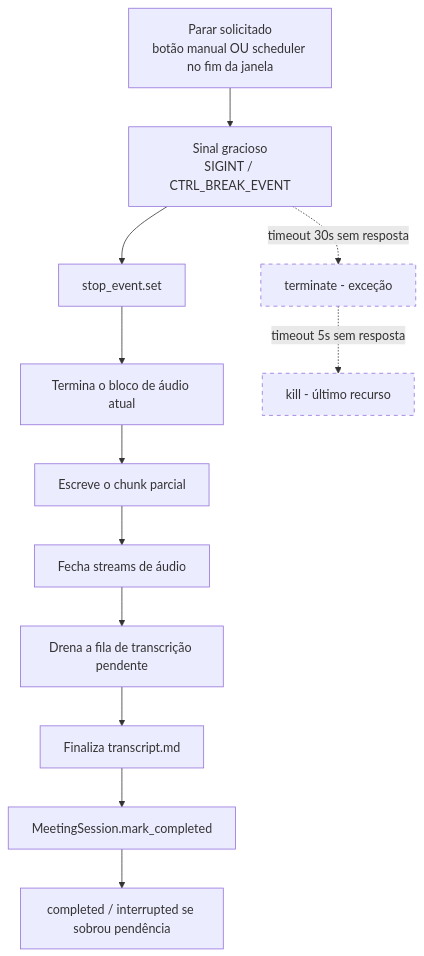
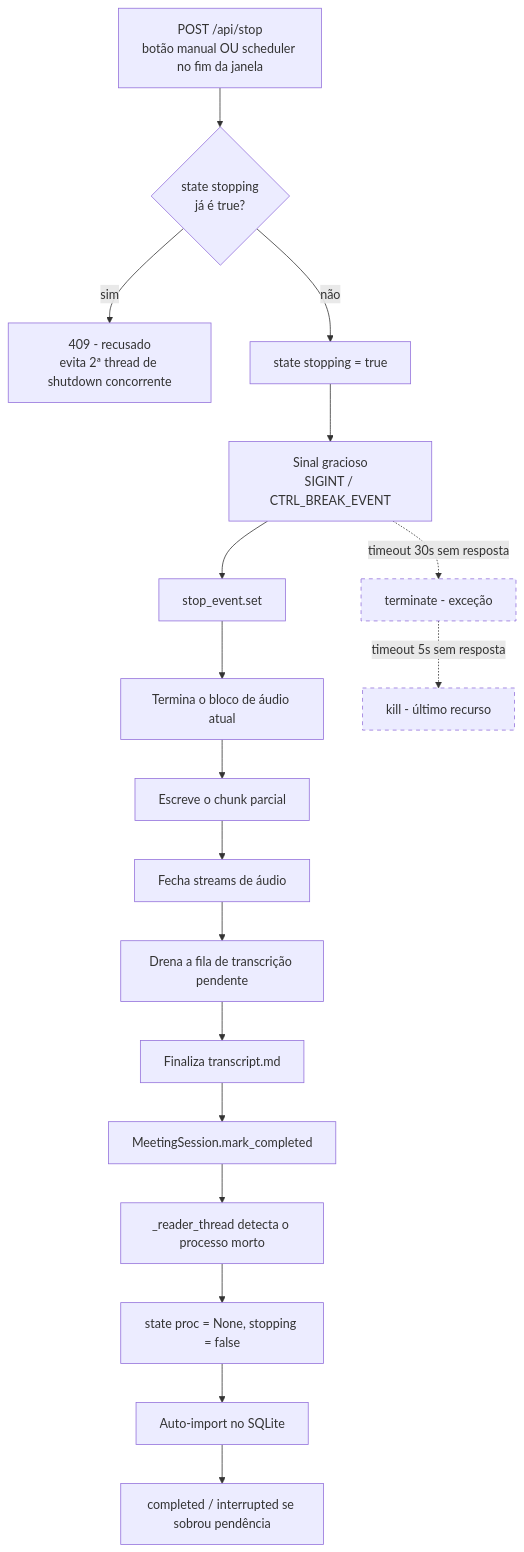
One commit to HSHAKOA/Agente-de-transcrito-de-reuni-es- changed the fourth of 8 diagrams in docs/FLOWCHARTS.md. Above: the diagram before and after it, drawn with Mermaid. The commit also changed other lines of this file and 8 other files, not shown here.

First line of the commit message:
docs: align README/flowcharts/handoff with post-audit fixes

````diff
--- a/docs/FLOWCHARTS.md
+++ b/docs/FLOWCHARTS.md
@@ -109,18 +120,25 @@
 ```mermaid
 flowchart TD
-    REQ[Parar solicitado<br/>botão manual OU scheduler no fim da janela] --> SIG[Sinal gracioso<br/>SIGINT / CTRL_BREAK_EVENT]
+    REQ[POST /api/stop<br/>botão manual OU scheduler no fim da janela] --> CHECKSTOP{state stopping<br/>já é true?}
+    CHECKSTOP -->|sim| REJECT[409 - recusado<br/>evita 2ª thread de shutdown concorrente]
+    CHECKSTOP -->|não| SETSTOP[state stopping = true]
+
+    SETSTOP --> SIG[Sinal gracioso<br/>SIGINT / CTRL_BREAK_EVENT]
     SIG --> STOPEVT[stop_event.set]
     STOPEVT --> FINISHBLOCK[Termina o bloco de áudio atual]
     FINISHBLOCK --> PARTIALWAV[Escreve o chunk parcial]
     PARTIALWAV --> CLOSESTREAMS[Fecha streams de áudio]
     CLOSESTREAMS --> DRAIN[Drena a fila de transcrição pendente]
     DRAIN --> FINALIZEMD[Finaliza transcript.md]
     FINALIZEMD --> MARKSESSION[MeetingSession.mark_completed]
-    MARKSESSION --> DONE2[completed / interrupted se sobrou pendência]
+    MARKSESSION --> READERTHREAD[_reader_thread detecta o processo morto]
+    READERTHREAD --> CLEARSTOP[state proc = None, stopping = false]
+    CLEARSTOP --> AUTOIMPORT[Auto-import no SQLite]
+    AUTOIMPORT --> DONE2[completed / interrupted se sobrou pendência]
 
     SIG -.timeout 30s sem resposta.-> TERM[terminate - exceção]
     TERM -.timeout 5s sem resposta.-> KILL[kill - último recurso]
 
     style TERM stroke-dasharray: 5 5
     style KILL stroke-dasharray: 5 5
 ```
````
